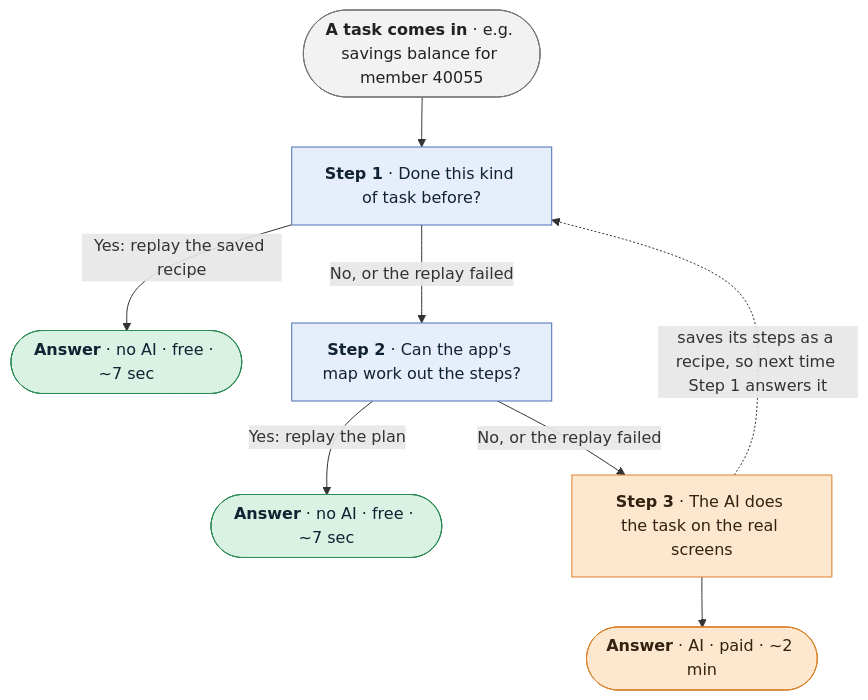
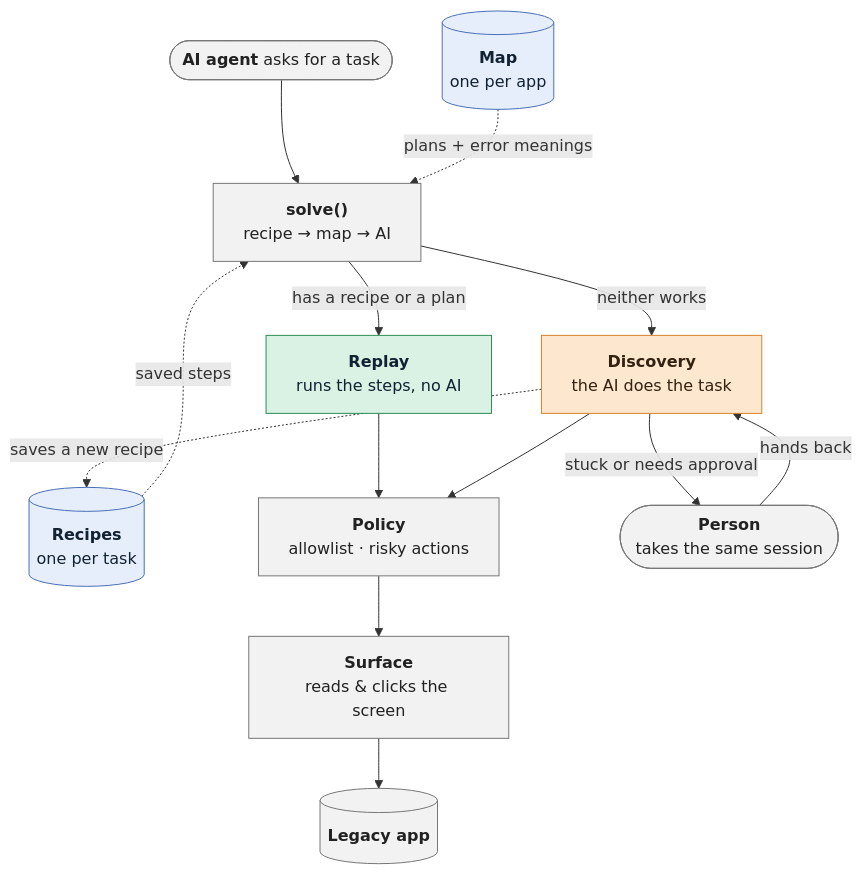
Before and after one commit to ayushitomar03/understudy: the diagram in REPORT.md, drawn with Mermaid. The commit also changed other lines of this file, not shown here.

Commit message:
Replace the duplicated flow diagram in REPORT with an architecture diagram
REPORT section 1 repeated the README's three-step flowchart. It now shows
how the components connect instead: the caller, solve(), replay and
discovery, the map and recipe stores, the policy gate, the surface, and the
handoff to a person. The three-step flow stays in the README only.

````diff
--- a/REPORT.md
+++ b/REPORT.md
@@ -36,25 +36,28 @@
 ```mermaid
 flowchart TD
-    A(["<b>A task comes in</b> · e.g. savings balance for member 40055"])
+    Caller(["<b>AI agent</b> asks for a task"]) --> Solve["<b>solve()</b><br/>recipe → map → AI"]
 
-    A --> B["<b>Step 1</b> · Done this kind of task before?"]
-    B -- "Yes: replay the saved recipe" --> F1(["<b>Answer</b> · no AI · free · ~7 sec"])
-    B -- "No, or the replay failed" --> C
+    Solve -- "has a recipe or a plan" --> Replay["<b>Replay</b><br/>runs the steps, no AI"]
+    Solve -- "neither works" --> Disc["<b>Discovery</b><br/>the AI does the task"]
 
-    C["<b>Step 2</b> · Can the app's map work out the steps?"]
-    C -- "Yes: replay the plan" --> F2(["<b>Answer</b> · no AI · free · ~7 sec"])
-    C -- "No, or the replay failed" --> D
+    Map[("<b>Map</b><br/>one per app")] -. "plans + error meanings" .-> Solve
+    Recipes[("<b>Recipes</b><br/>one per task")] -. "saved steps" .-> Solve
+    Disc -. "saves a new recipe" .-> Recipes
 
-    D["<b>Step 3</b> · The AI does the task on the real screens"]
-    D --> P(["<b>Answer</b> · AI · paid · ~2 min"])
-    D -. "saves its steps as a recipe, so next time Step 1 answers it" .-> B
+    Replay --> Policy["<b>Policy</b><br/>allowlist · risky actions"]
+    Disc --> Policy
+    Policy --> Surface["<b>Surface</b><br/>reads & clicks the screen"]
+    Surface --> App[("<b>Legacy app</b>")]
 
+    Disc -- "stuck or needs approval" --> Human(["<b>Person</b><br/>takes the same session"])
+    Human -- "hands back" --> Disc
+
+    classDef ai fill:#fde8cf,stroke:#d9822b,color:#321;
     classDef free fill:#d9f2e3,stroke:#2e8b57,color:#123;
-    classDef paid fill:#fde8cf,stroke:#d9822b,color:#321;
-    classDef step fill:#e6eefc,stroke:#4a6fb5,color:#123;
-    classDef start fill:#f2f2f2,stroke:#777,color:#222;
-    class F1,F2 free;
-    class D,P paid;
-    class B,C step;
-    class A start;
+    classDef store fill:#e6eefc,stroke:#4a6fb5,color:#123;
+    classDef other fill:#f2f2f2,stroke:#777,color:#222;
+    class Disc ai;
+    class Replay free;
+    class Map,Recipes store;
+    class Caller,Solve,Policy,Surface,App,Human other;
 ```
````
